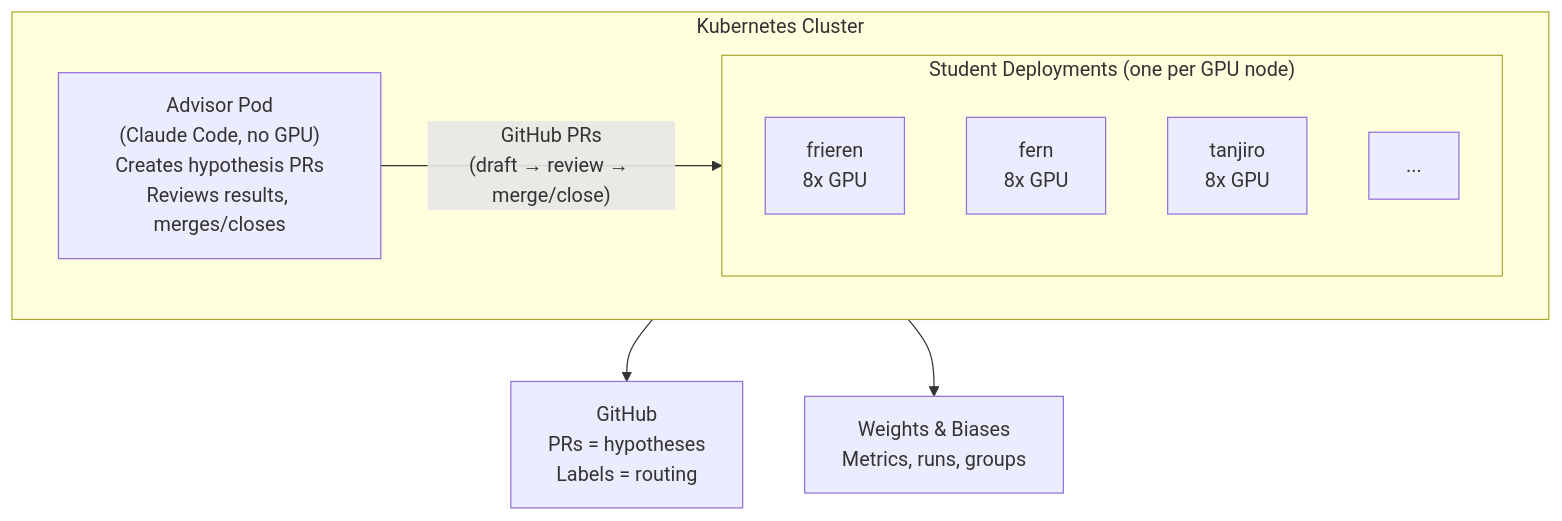
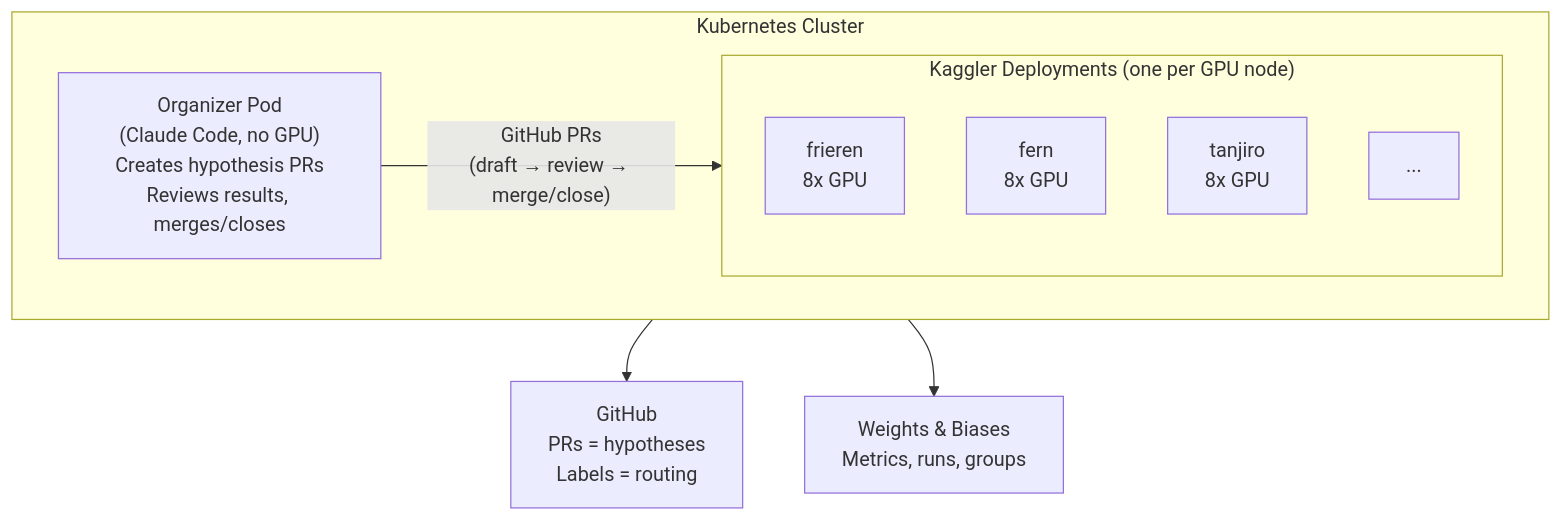
One commit to tcapelle/senpai changed the first of 2 diagrams in README.md. Above: the diagram before and after it, drawn with Mermaid. The commit also changed other lines of this file and 18 other files, not shown here.

First line of the commit message:
rename advisor→organizer, student→kaggler across entire repo

````diff
--- a/README.md
+++ b/README.md
@@ -29,15 +29,15 @@
 ```mermaid
 graph TD
     subgraph K8s["Kubernetes Cluster"]
-        A["Advisor Pod<br/>(Claude Code, no GPU)<br/>Creates hypothesis PRs<br/>Reviews results, merges/closes"]
-        subgraph Students["Student Deployments (one per GPU node)"]
+        A["Organizer Pod<br/>(Claude Code, no GPU)<br/>Creates hypothesis PRs<br/>Reviews results, merges/closes"]
+        subgraph Kagglers["Kaggler Deployments (one per GPU node)"]
             S1["frieren<br/>8x GPU"]
             S2["fern<br/>8x GPU"]
             S3["tanjiro<br/>8x GPU"]
             S4["..."]
         end
-        A -->|"GitHub PRs<br/>(draft → review → merge/close)"| Students
+        A -->|"GitHub PRs<br/>(draft → review → merge/close)"| Kagglers
     end
     K8s --> GH["GitHub<br/>PRs = hypotheses<br/>Labels = routing"]
     K8s --> WB["Weights & Biases<br/>Metrics, runs, groups"]
 ```
````
